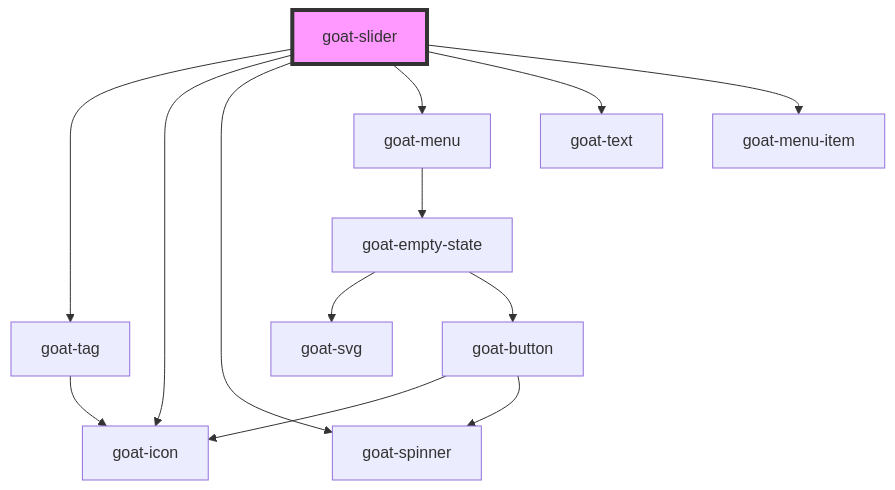
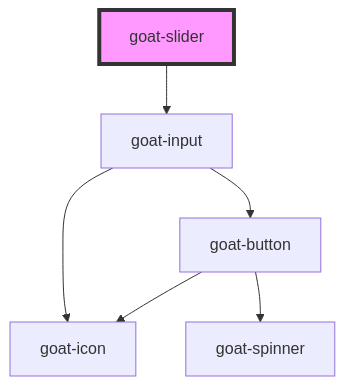
One commit to goatui/components changed the diagram in src/components/data-entry/slider/readme.md. Above: the diagram before and after it, drawn with Mermaid. The commit also changed other lines of this file and 60 other files, not shown here.

````diff
--- a/src/components/data-entry/slider/readme.md
+++ b/src/components/data-entry/slider/readme.md
@@ -87,16 +73,9 @@
 ```mermaid
 graph TD;
-  goat-slider --> goat-tag
-  goat-slider --> goat-icon
-  goat-slider --> goat-spinner
-  goat-slider --> goat-menu
-  goat-slider --> goat-text
-  goat-slider --> goat-menu-item
-  goat-tag --> goat-icon
-  goat-menu --> goat-empty-state
-  goat-empty-state --> goat-svg
-  goat-empty-state --> goat-button
+  goat-slider --> goat-input
+  goat-input --> goat-button
+  goat-input --> goat-icon
   goat-button --> goat-icon
   goat-button --> goat-spinner
   style goat-slider fill:#f9f,stroke:#333,stroke-width:4px
 ```
````
